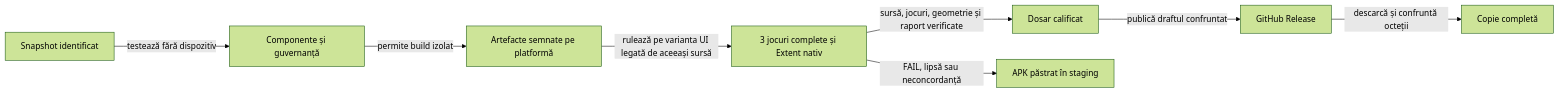
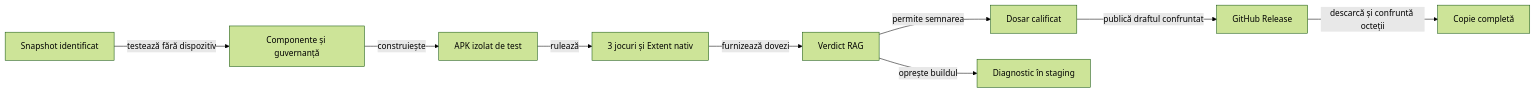
One commit to crististefanita/atf_j5 changed the diagram in docs/rentz/ATF_Release.md. Above: the diagram before and after it, drawn with Mermaid (forest theme). The commit also changed other lines of this file and 10 other files, not shown here.

````diff
--- a/docs/rentz/ATF_Release.md
+++ b/docs/rentz/ATF_Release.md
@@ -51,10 +51,11 @@
 ```mermaid
 flowchart LR
     SOURCE[Snapshot identificat] -->|testează fără dispozitiv| CHECK[Componente și guvernanță]
-    CHECK -->|permite build izolat| ARTIFACT[Artefacte semnate pe platformă]
-    ARTIFACT -->|rulează pe varianta UI legată de aceeași sursă| UIE2E[3 jocuri complete și Extent nativ]
-    UIE2E -->|sursă, jocuri, geometrie și raport verificate| READY[Dosar calificat]
-    UIE2E -->|FAIL, lipsă sau neconcordanță| BLOCKED[APK păstrat în staging]
+    CHECK -->|construiește| ARTIFACT[APK izolat de test]
+    ARTIFACT -->|rulează| UIE2E[3 jocuri și Extent nativ]
+    UIE2E -->|furnizează dovezi| RAG[Verdict RAG]
+    RAG -->|permite semnarea| READY[Dosar calificat]
+    RAG -->|oprește buildul| BLOCKED[Diagnostic în staging]
     READY -->|publică draftul confruntat| RELEASE[GitHub Release]
     RELEASE -->|descarcă și confruntă octeții| FILE[Copie completă]
 ```
````
